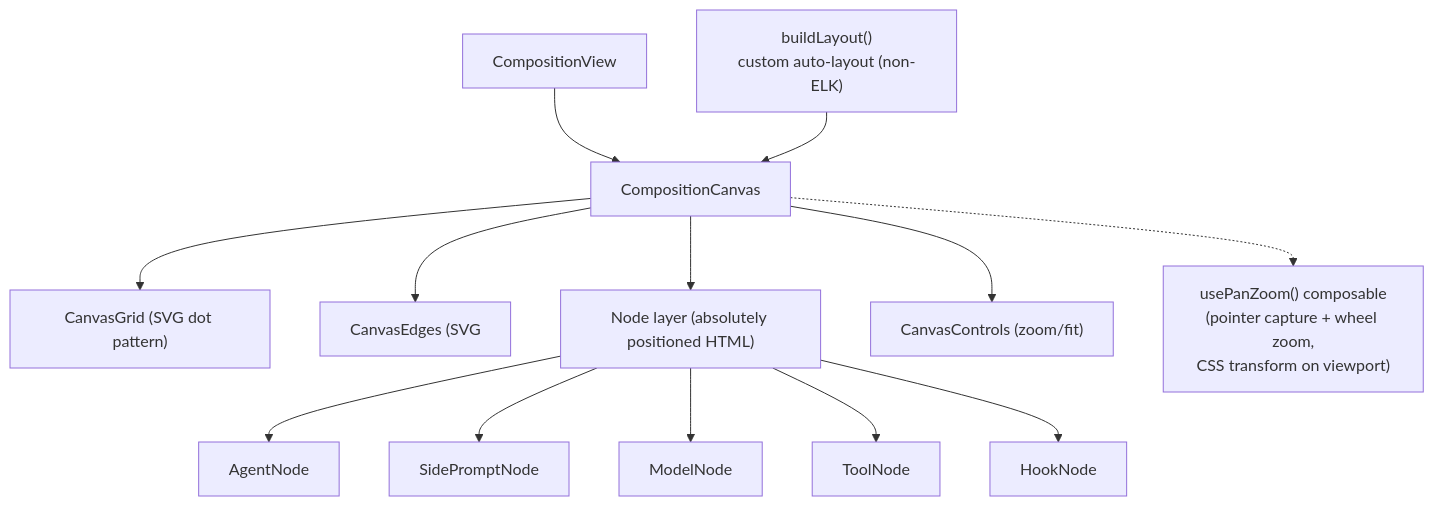
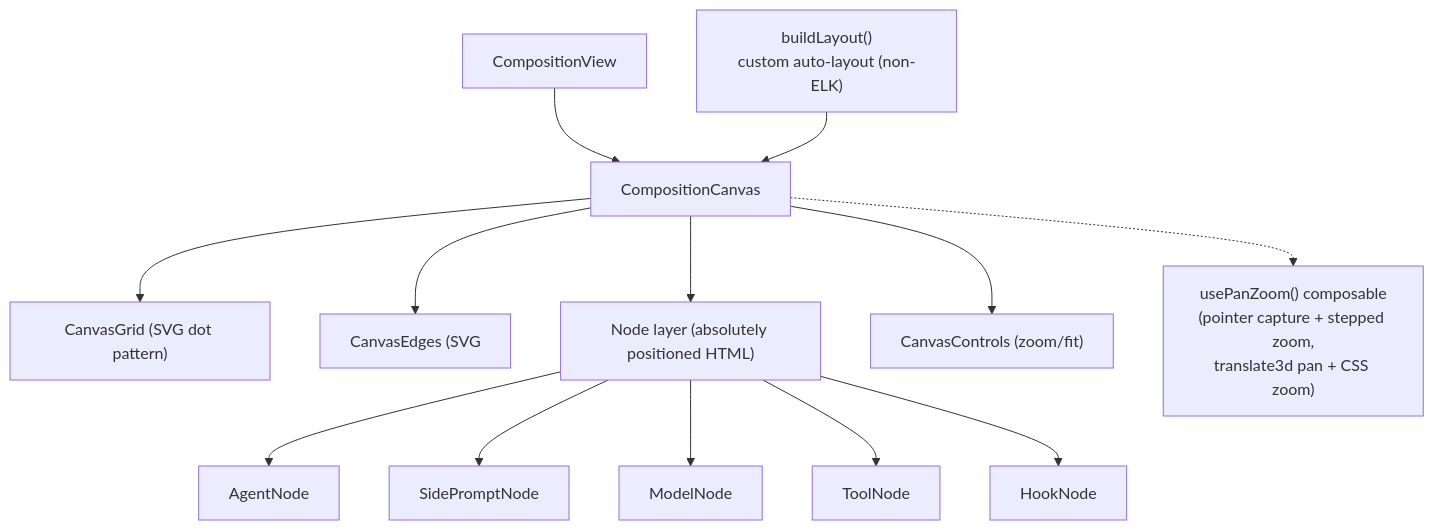
Before and after one commit to Vorlde/swarmy_ui: the diagram in docs/adr/adr-005-composition-canvas.md, drawn with Mermaid. The commit also changed other lines of this file and 4 other files, not shown here.

````diff
--- a/docs/adr/adr-005-composition-canvas.md
+++ b/docs/adr/adr-005-composition-canvas.md
@@ -12,11 +12,11 @@
 ```mermaid
 flowchart TB
     CV["CompositionView"] --> CC["CompositionCanvas"]
     CC --> Grid["CanvasGrid (SVG dot pattern)"]
     CC --> Edges["CanvasEdges (SVG <path> per edge)"]
     CC --> Nodes["Node layer (absolutely positioned HTML)"]
     CC --> Controls["CanvasControls (zoom/fit)"]
     Nodes --> AgentNode & SidePromptNode & ModelNode & ToolNode & HookNode
-    CC -.-> PZ["usePanZoom() composable<br/>(pointer capture + wheel zoom,<br/>CSS transform on viewport)"]
+    CC -.-> PZ["usePanZoom() composable<br/>(pointer capture + stepped zoom,<br/>translate3d pan + CSS zoom)"]
     Layout["buildLayout()<br/>custom auto-layout (non-ELK)"] --> CC
 ```
````
